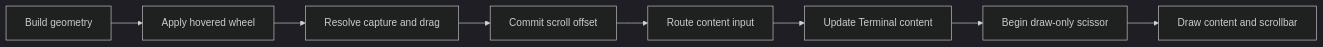
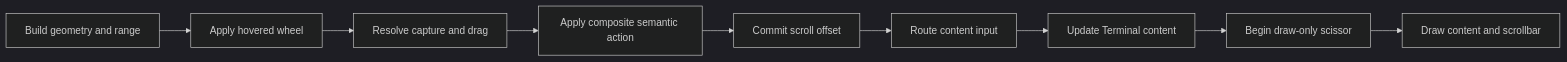
The fourth of 5 diagrams in docs/wiki/Guides/UiSystem.md (derekshoneycutt/Euclid), drawn with Mermaid (dark theme) before and after one commit. The commit also changed other lines of this file and 38 other files, not shown here.

````diff
--- a/docs/wiki/Guides/UiSystem.md
+++ b/docs/wiki/Guides/UiSystem.md
@@ -652,13 +671,14 @@
 ```mermaid
 flowchart LR
-    Geometry[Build geometry]
+    Geometry[Build geometry and range]
     Wheel[Apply hovered wheel]
     Capture[Resolve capture and drag]
+    Semantic[Apply composite semantic action]
     Commit[Commit scroll offset]
     Route[Route content input]
     Service[Update Terminal content]
     Scissor[Begin draw-only scissor]
     Draw[Draw content and scrollbar]
 
-    Geometry --> Wheel --> Capture --> Commit --> Route --> Service --> Scissor --> Draw
+    Geometry --> Wheel --> Capture --> Semantic --> Commit --> Route --> Service --> Scissor --> Draw
 ```
````
